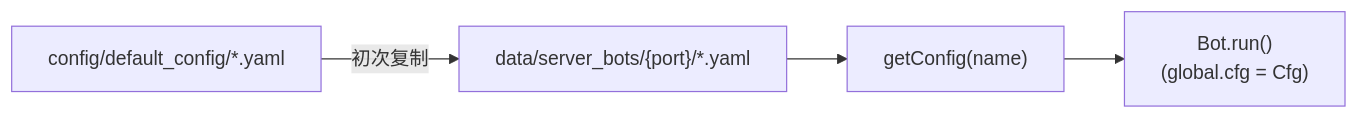
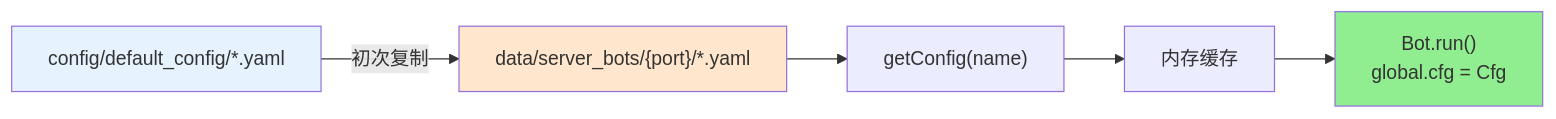
Before and after one commit to sunflowermm/XRK-AGT: the third of 7 diagrams in docs/app-dev.md, drawn with Mermaid. The commit also changed other lines of this file and 24 other files, not shown here.

````diff
--- a/docs/app-dev.md
+++ b/docs/app-dev.md
@@ -73,6 +94,11 @@
 ```mermaid
 flowchart LR
   Default["config/default_config/*.yaml"] -->|初次复制| ServerCfg["data/server_bots/{port}/*.yaml"]
   ServerCfg --> Cfg["getConfig(name)"]
-  Cfg --> Bot["Bot.run()\n(global.cfg = Cfg)"]
+  Cfg --> Cache["内存缓存"]
+  Cache --> Bot["Bot.run()<br/>global.cfg = Cfg"]
+  
+  style Default fill:#E6F3FF
+  style ServerCfg fill:#FFE6CC
+  style Bot fill:#90EE90
 ```
````
